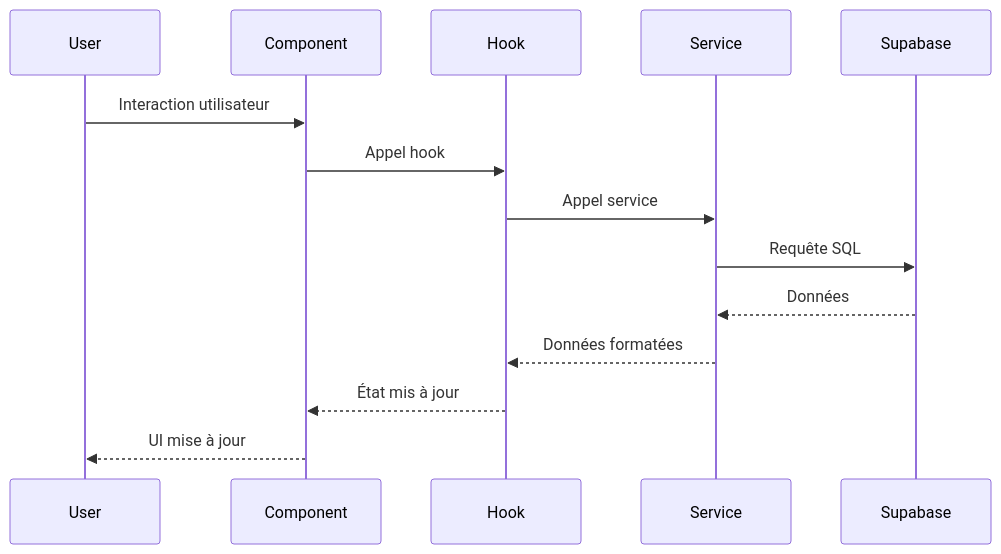
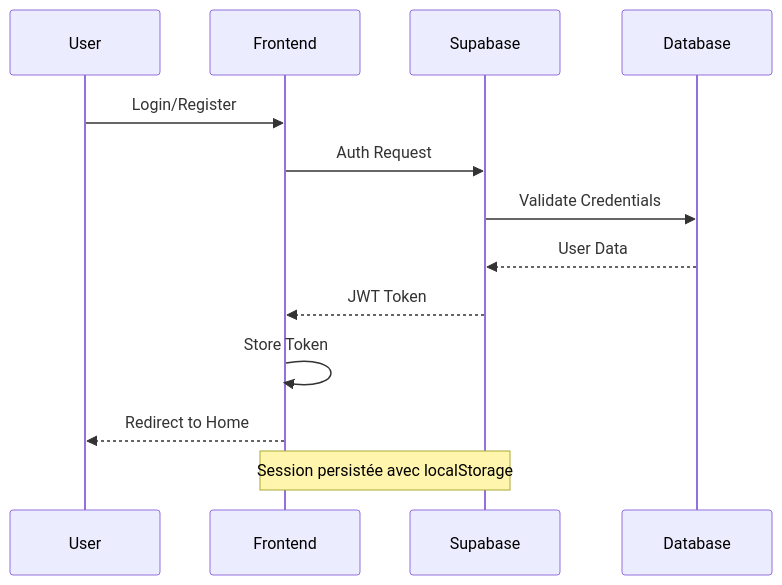
The fourth of 5 diagrams in ARCHITECTURE.md (moonback/project-SocialCart), drawn with Mermaid before and after one commit. The commit also changed other lines of this file and 5 other files, not shown here.

First line of the commit message:
Update documentation and architecture for SocialCart

````diff
--- a/ARCHITECTURE.md
+++ b/ARCHITECTURE.md
@@ -186,17 +184,17 @@
 ```mermaid
 sequenceDiagram
     participant U as User
-    participant C as Component
-    participant H as Hook
-    participant S as Service
-    participant DB as Supabase
+    participant F as Frontend
+    participant S as Supabase
+    participant D as Database
     
-    U->>C: Interaction utilisateur
-    C->>H: Appel hook
-    H->>S: Appel service
-    S->>DB: Requête SQL
-    DB-->>S: Données
-    S-->>H: Données formatées
-    H-->>C: État mis à jour
-    C-->>U: UI mise à jour
+    U->>F: Login/Register
+    F->>S: Auth Request
+    S->>D: Validate Credentials
+    D-->>S: User Data
+    S-->>F: JWT Token
+    F->>F: Store Token
+    F-->>U: Redirect to Home
+    
+    Note over F,S: Session persistée avec localStorage
 ```
````
